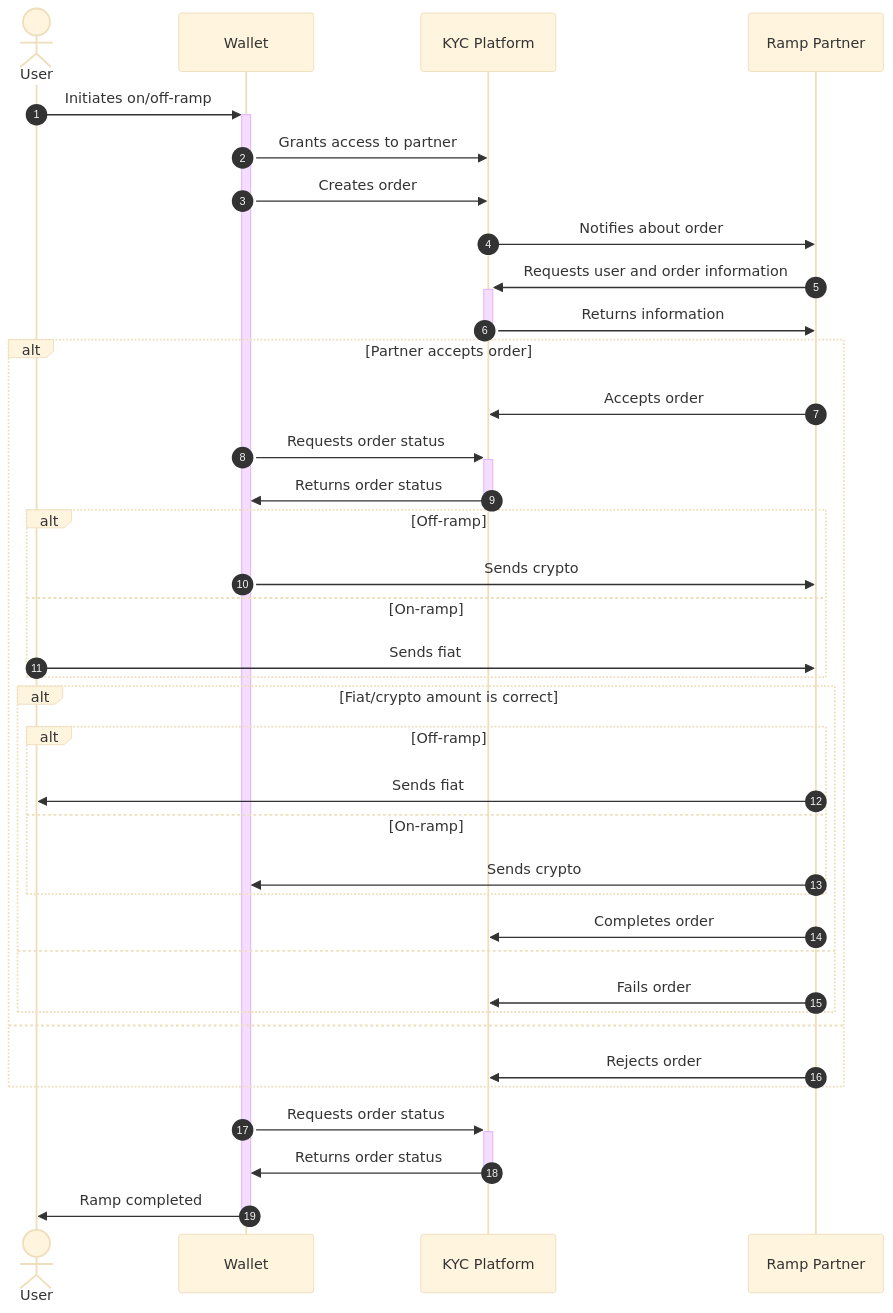
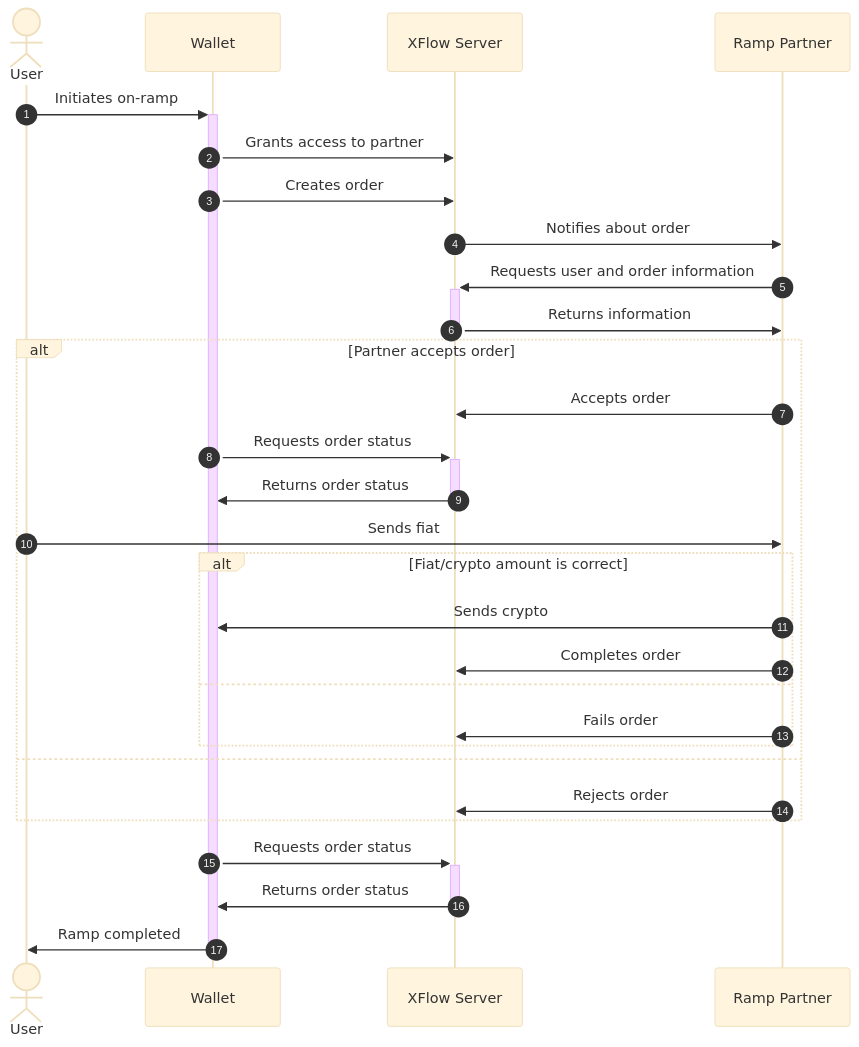
One commit to espresso-cash/docs changed the first of 2 diagrams in overview/order-flow.md. Above: the diagram before and after it, drawn with Mermaid (base theme). The commit also changed other lines of this file and 7 other files, not shown here.

````diff
--- a/overview/order-flow.md
+++ b/overview/order-flow.md
@@ -19,50 +19,42 @@
 ```mermaid
 sequenceDiagram
     autonumber
 
     actor User
     participant Wallet
-    participant KYC as KYC Platform
+    participant KYC as XFlow Server
     participant Partner as Ramp Partner
     
-    User->>+Wallet: Initiates on/off-ramp
+    User->>+Wallet: Initiates on-ramp
     
     Wallet->>KYC: Grants access to partner
     Wallet->>KYC: Creates order
     
     KYC->>Partner: Notifies about order
     Partner->>+KYC: Requests user and order information
     KYC->>-Partner: Returns information
     
     alt Partner accepts order
         Partner->>KYC: Accepts order
         
         Wallet->>+KYC: Requests order status
         KYC->>-Wallet: Returns order status
         
-        alt Off-ramp
-            Wallet->>Partner: Sends crypto
-        else On-ramp
-            User->>Partner: Sends fiat
-        end
+        User->>Partner: Sends fiat
         
         alt Fiat/crypto amount is correct
-            alt Off-ramp
-                Partner->>User: Sends fiat
-            else On-ramp
-                Partner->>Wallet: Sends crypto
-            end
+            Partner->>Wallet: Sends crypto
             
             Partner->>KYC: Completes order
         else
             Partner->>KYC: Fails order
         end
     else
         Partner->>KYC: Rejects order
     end
 
     Wallet->>+KYC: Requests order status
     KYC->>-Wallet: Returns order status
     
     Wallet->>-User: Ramp completed
 ```
````
